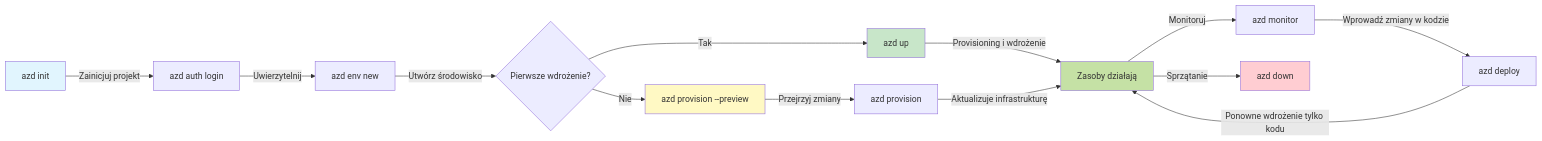
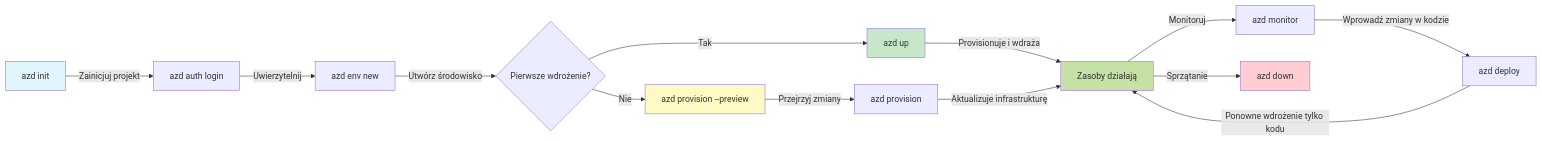
The first of 2 diagrams in translations/pl/docs/chapter-01-foundation/azd-basics.md (microsoft/AZD-for-beginners), drawn with Mermaid before and after one commit. The commit also changed other lines of this file and 101 other files, not shown here.

````diff
--- a/translations/pl/docs/chapter-01-foundation/azd-basics.md
+++ b/translations/pl/docs/chapter-01-foundation/azd-basics.md
@@ -269,21 +269,21 @@
 ```mermaid
 graph LR
     A[azd init] -->|Zainicjuj projekt| B[azd auth login]
     B -->|Uwierzytelnij| C[azd env new]
     C -->|Utwórz środowisko| D{Pierwsze wdrożenie?}
     D -->|Tak| E[azd up]
     D -->|Nie| F[azd provision --preview]
     F -->|Przejrzyj zmiany| G[azd provision]
-    E -->|Provisioning i wdrożenie| H[Zasoby działają]
+    E -->|Provisionuje i wdraża| H[Zasoby działają]
     G -->|Aktualizuje infrastrukturę| H
     H -->|Monitoruj| I[azd monitor]
     I -->|Wprowadź zmiany w kodzie| J[azd deploy]
     J -->|Ponowne wdrożenie tylko kodu| H
     H -->|Sprzątanie| K[azd down]
     
     style A fill:#e1f5fe
     style E fill:#c8e6c9
     style F fill:#fff9c4
     style H fill:#c5e1a5
     style K fill:#ffcdd2
 ```
````
